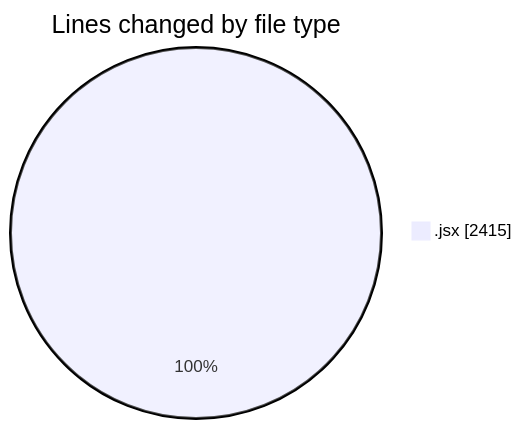
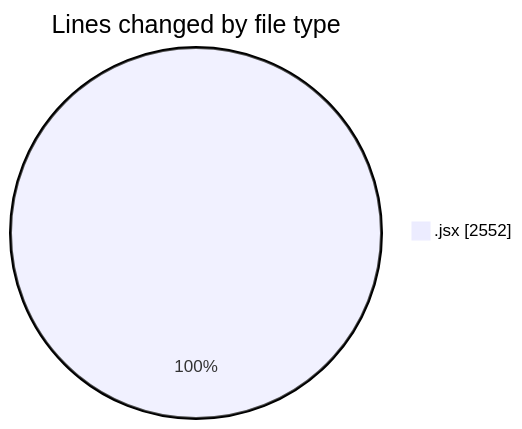
The first of 2 diagrams in 2025-08-25/_argosgrid/README.md (nxtqubesakshisongat/code-tracking), drawn with Mermaid before and after one commit. The commit also changed other lines of this file and 1 other file, not shown here.

````diff
--- a/2025-08-25/_argosgrid/README.md
+++ b/2025-08-25/_argosgrid/README.md
@@ -20,5 +21,5 @@
 ```mermaid
 pie showData
 title Lines changed by file type
-".jsx" : 2415
+".jsx" : 2552
 ```
````
